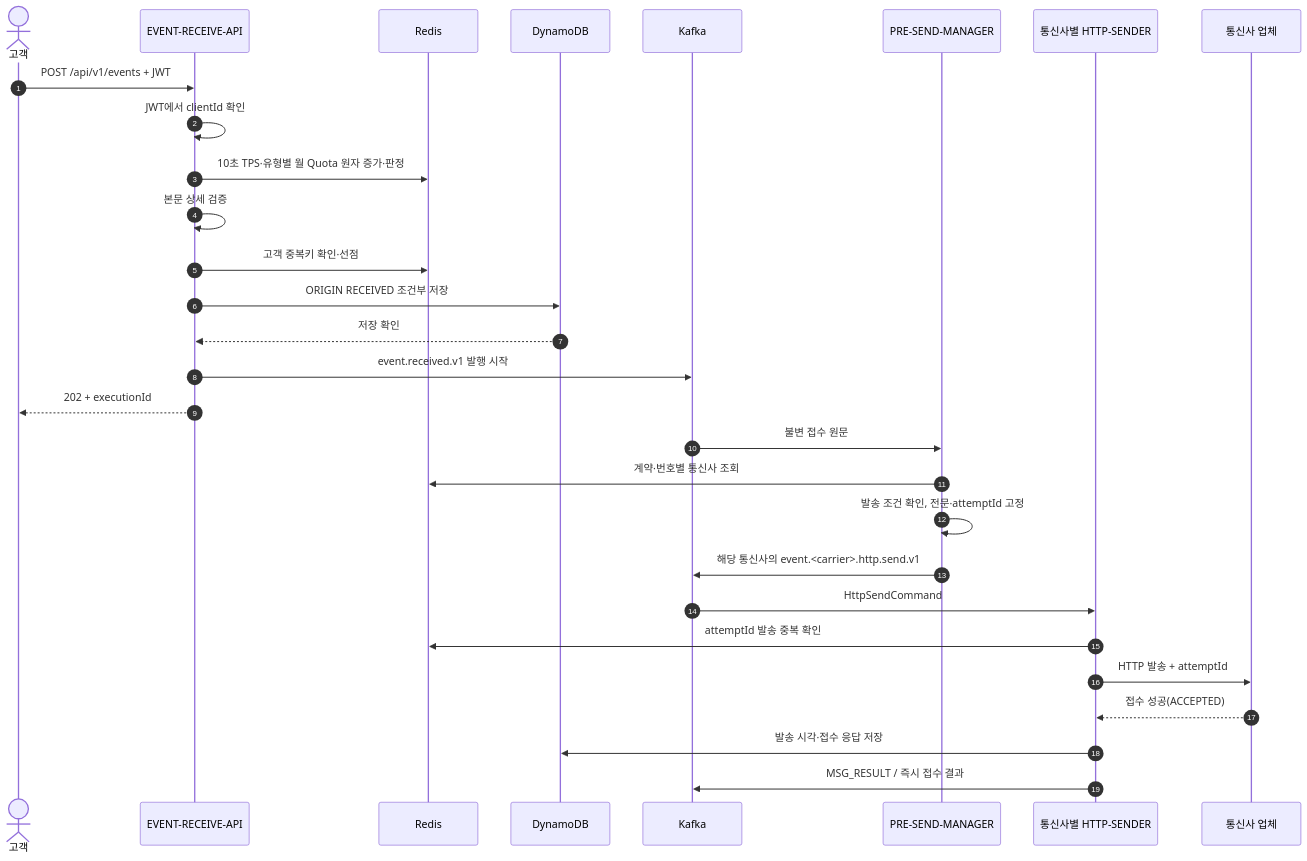
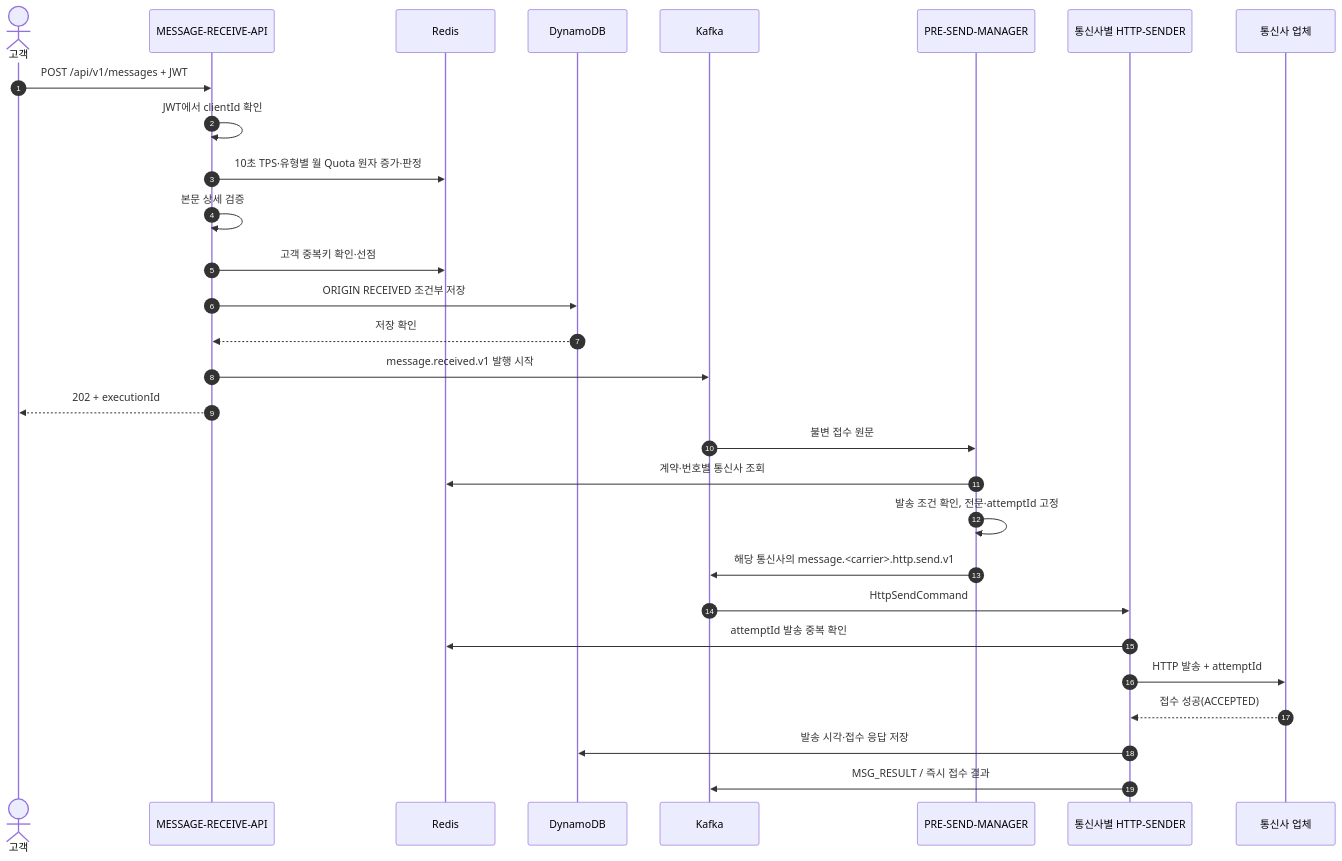
Before and after one commit to hyun-seung/High-throughput-event-platform: the first of 10 diagrams in docs/53-신규-메시지-케이스별-Call-Flow.md, drawn with Mermaid. The commit also changed other lines of this file and 16 other files, not shown here.

````diff
--- a/docs/53-신규-메시지-케이스별-Call-Flow.md
+++ b/docs/53-신규-메시지-케이스별-Call-Flow.md
@@ -28,31 +28,31 @@
 ```mermaid
 sequenceDiagram
     autonumber
     actor C as 고객
-    participant A as EVENT-RECEIVE-API
+    participant A as MESSAGE-RECEIVE-API
     participant R as Redis
     participant D as DynamoDB
     participant K as Kafka
     participant M as PRE-SEND-MANAGER
     participant S as 통신사별 HTTP-SENDER
     participant P as 통신사 업체
-    C->>A: POST /api/v1/events + JWT
+    C->>A: POST /api/v1/messages + JWT
     A->>A: JWT에서 clientId 확인
     A->>R: 10초 TPS·유형별 월 Quota 원자 증가·판정
     A->>A: 본문 상세 검증
     A->>R: 고객 중복키 확인·선점
     A->>D: ORIGIN RECEIVED 조건부 저장
     D-->>A: 저장 확인
-    A->>K: event.received.v1 발행 시작
+    A->>K: message.received.v1 발행 시작
     A-->>C: 202 + executionId
     K->>M: 불변 접수 원문
     M->>R: 계약·번호별 통신사 조회
     M->>M: 발송 조건 확인, 전문·attemptId 고정
-    M->>K: 해당 통신사의 event.<carrier>.http.send.v1
+    M->>K: 해당 통신사의 message.<carrier>.http.send.v1
     K->>S: HttpSendCommand
     S->>R: attemptId 발송 중복 확인
     S->>P: HTTP 발송 + attemptId
     P-->>S: 접수 성공(ACCEPTED)
     S->>D: 발송 시각·접수 응답 저장
     S->>K: MSG_RESULT / 즉시 접수 결과
 ```
````
